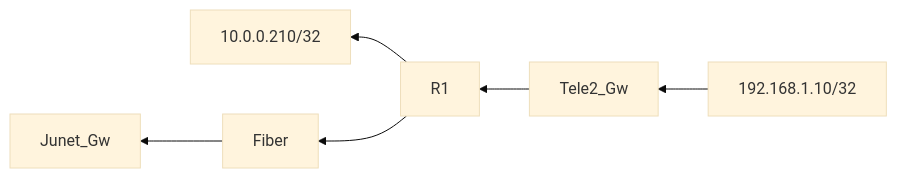
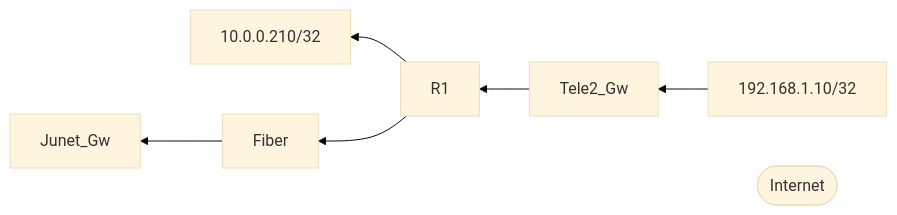
One commit to notkasim/DOCS changed the third of 3 diagrams in Topology.md. Above: the diagram before and after it, drawn with Mermaid (base theme).

````diff
--- a/Topology.md
+++ b/Topology.md
@@ -17,8 +17,9 @@
 ```mermaid
 graph RL;
     192.168.1.10/32-->Tele2_Gw;
     Tele2_Gw-->R1;
     R1-->10.0.0.210/32;
     R1-->Fiber;
     Fiber-->Junet_Gw;
+    id2([Internet])
 ```
````
